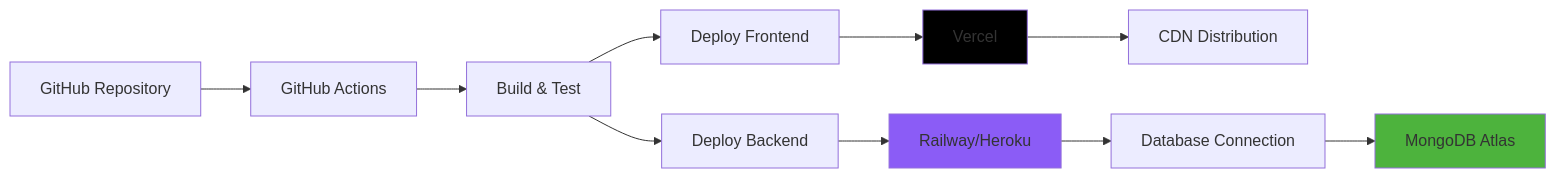
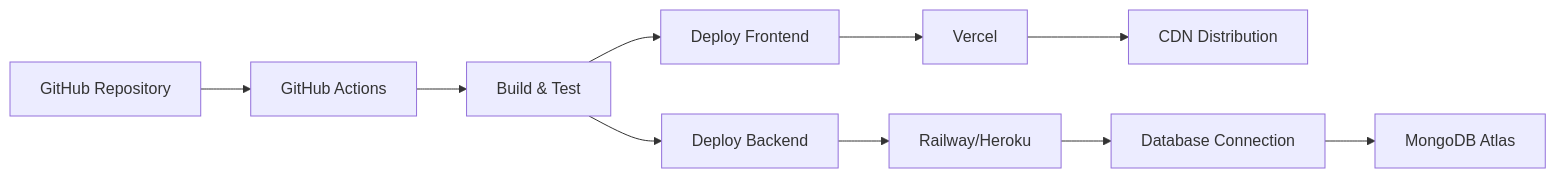
Before and after one commit to choksi2212/blog-vibe: the ninth of 9 diagrams in README.md, drawn with Mermaid. The commit also changed other lines of this file, not shown here.

````diff
--- a/README.md
+++ b/README.md
@@ -834,18 +812,14 @@
 ```mermaid
 graph LR
     A[GitHub Repository] --> B[GitHub Actions]
     B --> C[Build & Test]
     C --> D[Deploy Frontend]
     C --> E[Deploy Backend]
     
     D --> F[Vercel]
     E --> G[Railway/Heroku]
     
     F --> H[CDN Distribution]
     G --> I[Database Connection]
     I --> J[MongoDB Atlas]
-    
-    style F fill:#000000
-    style G fill:#8B5CF6
-    style J fill:#4db33d
 ```
````
